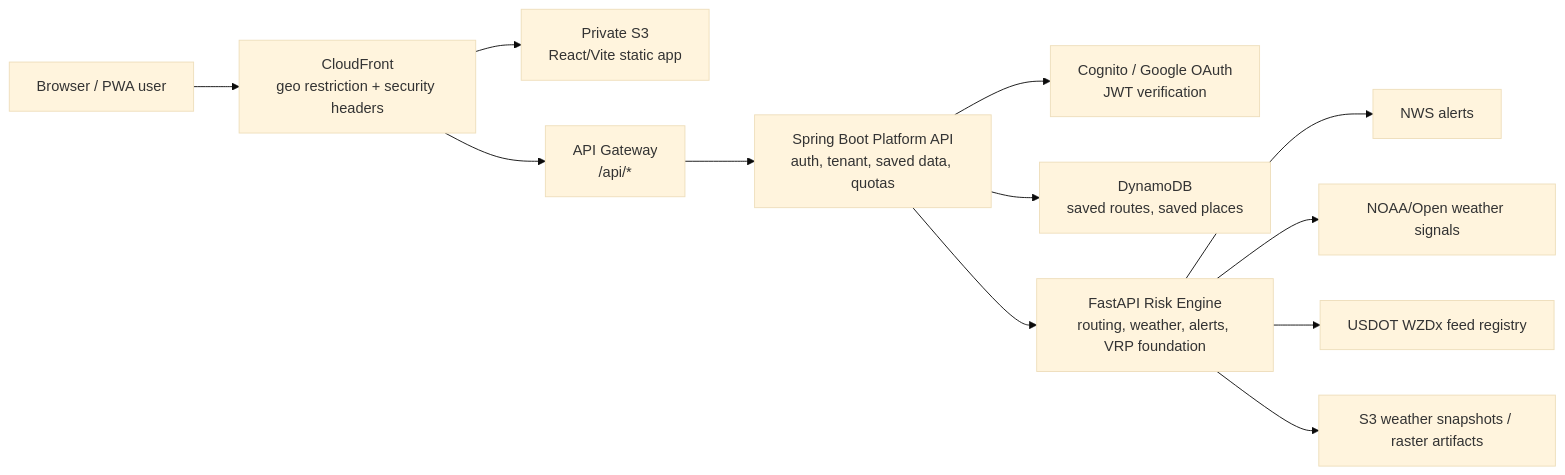
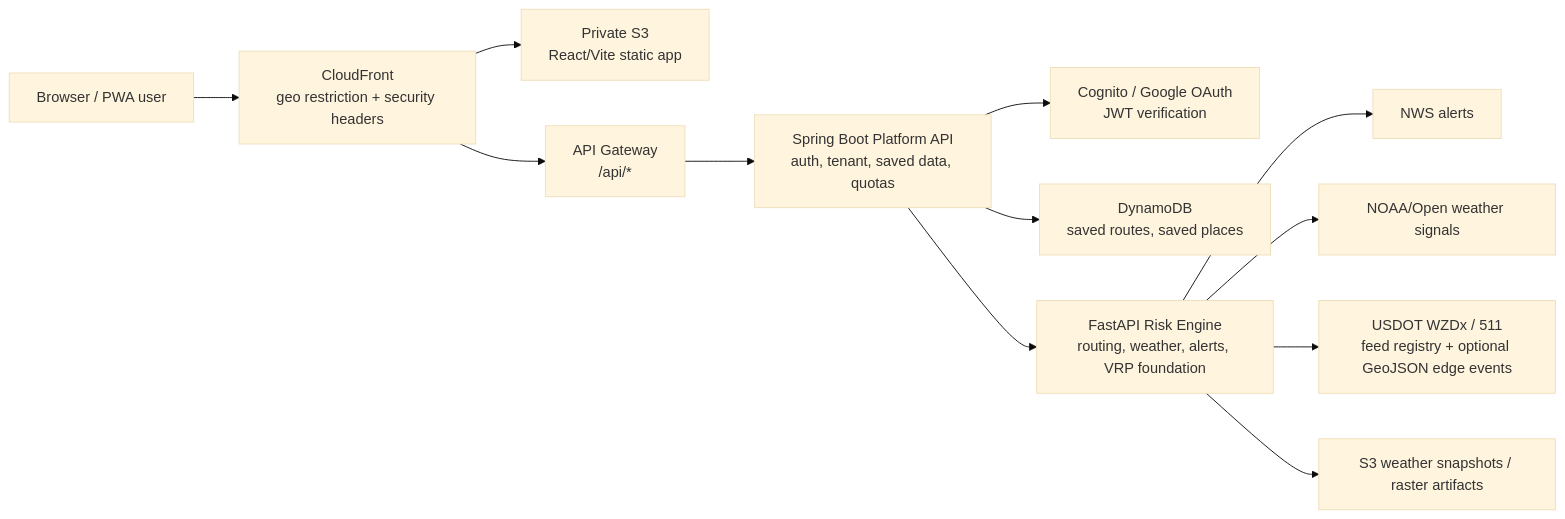
The first of 2 diagrams in README.md (signalgap9-del/peachtree-dispatch), drawn with Mermaid (base theme) before and after one commit. The commit also changed other lines of this file and 28 other files, not shown here.

````diff
--- a/README.md
+++ b/README.md
@@ -80,14 +80,14 @@
 ```mermaid
 flowchart LR
   User["Browser / PWA user"] --> CF["CloudFront<br/>geo restriction + security headers"]
   CF --> S3["Private S3<br/>React/Vite static app"]
   CF --> APIGW["API Gateway<br/>/api/*"]
   APIGW --> Spring["Spring Boot Platform API<br/>auth, tenant, saved data, quotas"]
   Spring --> Cognito["Cognito / Google OAuth<br/>JWT verification"]
   Spring --> DDB["DynamoDB<br/>saved routes, saved places"]
   Spring --> Risk["FastAPI Risk Engine<br/>routing, weather, alerts, VRP foundation"]
   Risk --> NWS["NWS alerts"]
   Risk --> NOAA["NOAA/Open weather signals"]
-  Risk --> WZDX["USDOT WZDx feed registry"]
+  Risk --> WZDX["USDOT WZDx / 511<br/>feed registry + optional GeoJSON edge events"]
   Risk --> S3Data["S3 weather snapshots / raster artifacts"]
 ```
````
